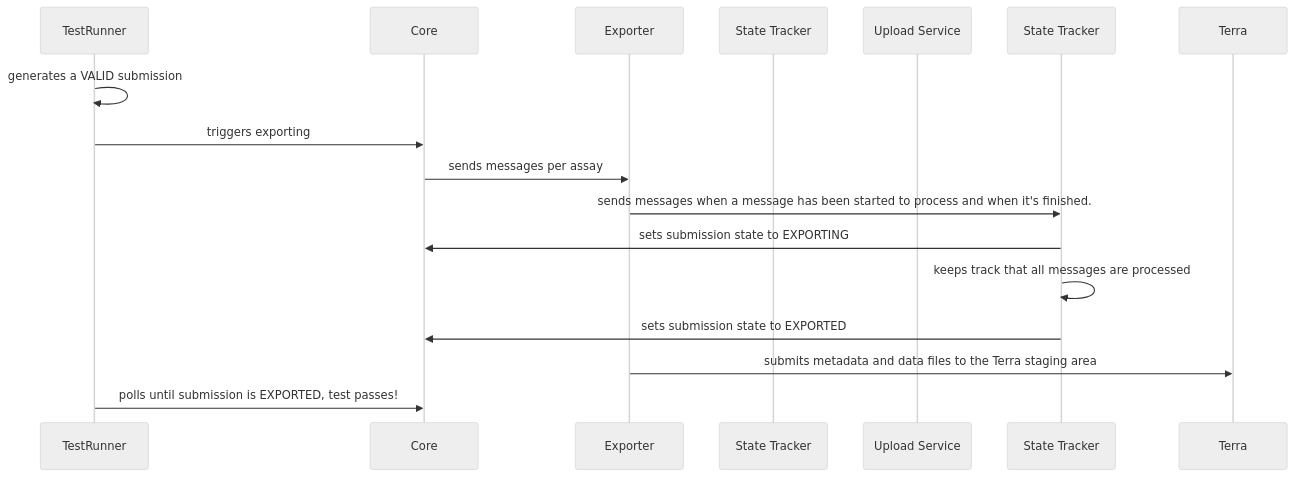
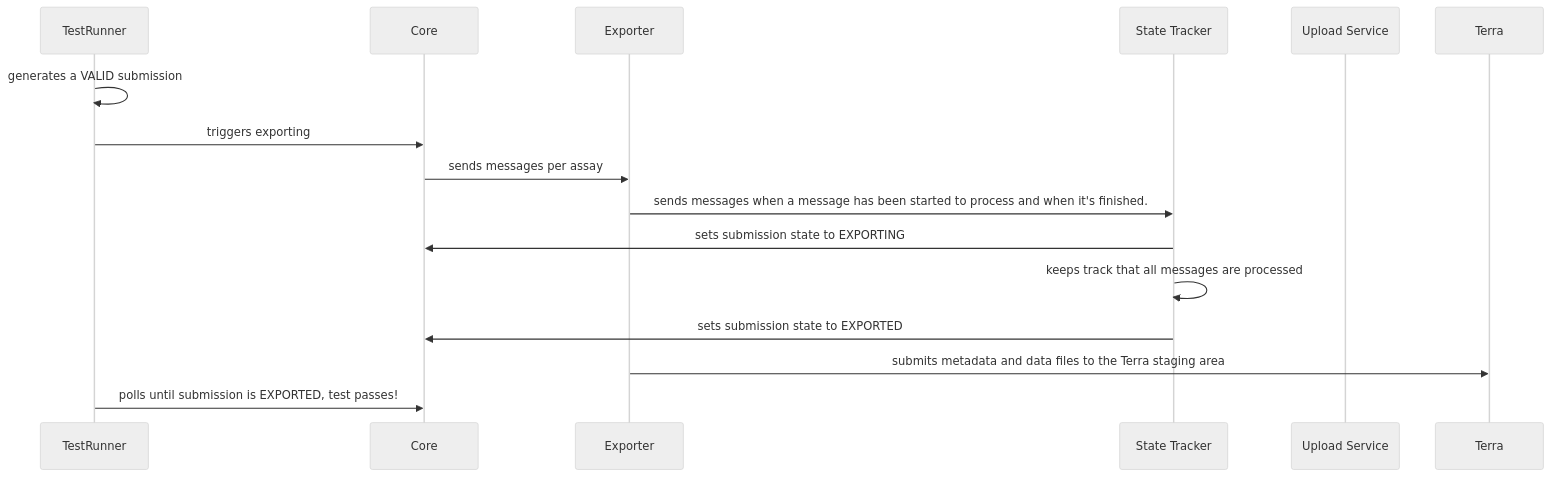
One commit to ebi-ait/ingest-integration-tests changed the second of 2 diagrams in README.md. Above: the diagram before and after it, drawn with Mermaid (neutral theme).

Commit message:
dcp-692 Update diagram for ingest_to_terra

````diff
--- a/README.md
+++ b/README.md
@@ -36,18 +36,18 @@
 ```mermaid
 sequenceDiagram
   participant TestRunner
   participant Core
   participant Exporter
   participant State as State Tracker
   participant Upload as Upload Service
 
   TestRunner->>TestRunner: generates a VALID submission
   TestRunner->>Core: triggers exporting
   Core->>Exporter: sends messages per assay
-  Exporter->>State Tracker: sends messages when a message has been started to process and when it's finished.
-  State Tracker ->> Core: sets submission state to EXPORTING
-  State Tracker ->> State Tracker: keeps track that all messages are processed
-  State Tracker ->> Core: sets submission state to EXPORTED
+  Exporter->>State: sends messages when a message has been started to process and when it's finished.
+  State ->> Core: sets submission state to EXPORTING
+  State ->> State: keeps track that all messages are processed
+  State ->> Core: sets submission state to EXPORTED
   Exporter->>Terra: submits metadata and data files to the Terra staging area
   TestRunner ->> Core: polls until submission is EXPORTED, test passes!
 ```
````
